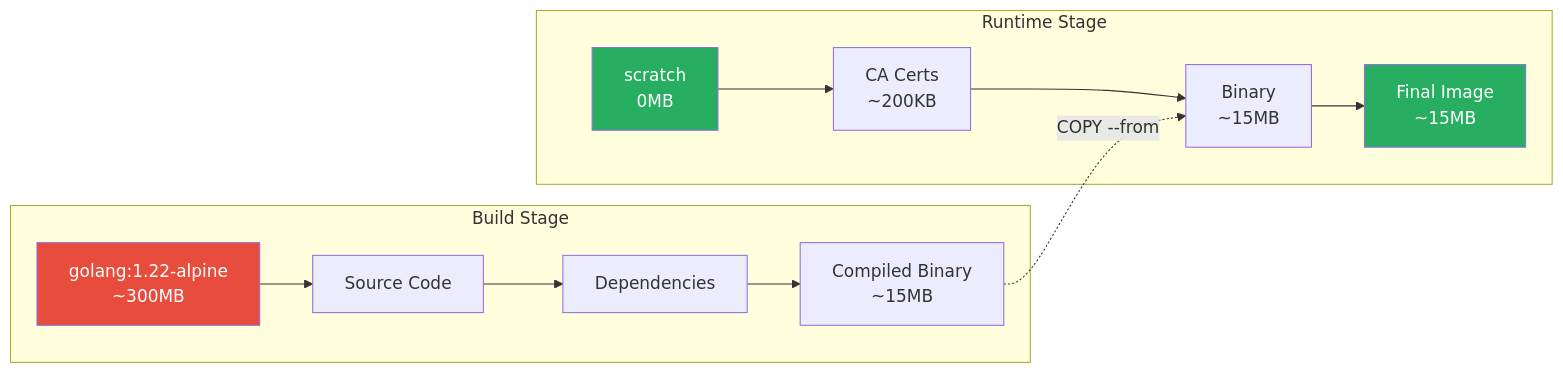
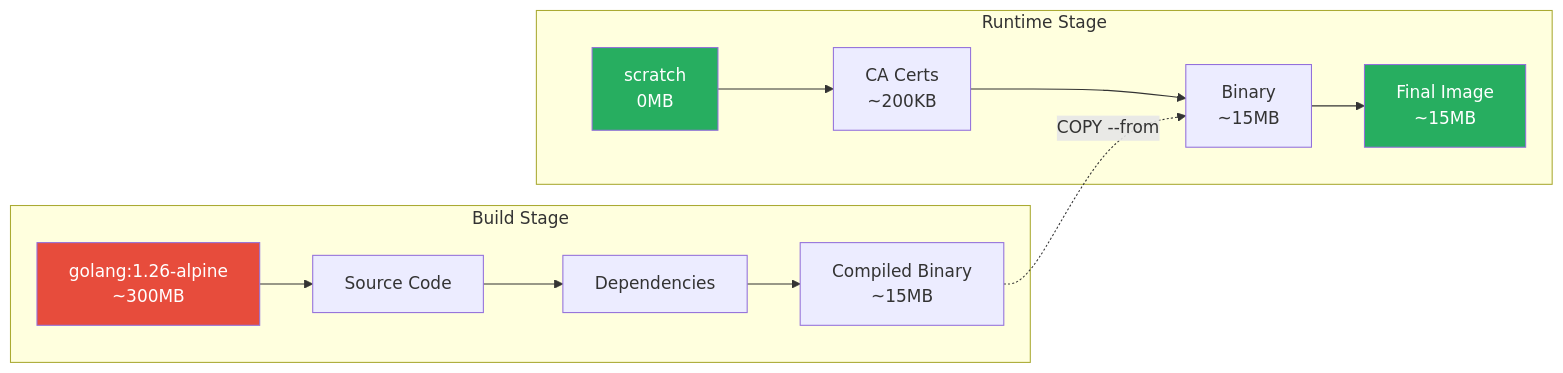
Before and after one commit to OneUptime/blog: the third of 5 diagrams in posts/2026-01-27-podman-build/README.md, drawn with Mermaid. The commit also changed other lines of this file and 2 other files, not shown here.

````diff
--- a/posts/2026-01-27-podman-build/README.md
+++ b/posts/2026-01-27-podman-build/README.md
@@ -220,20 +222,20 @@
 ```mermaid
 flowchart LR
     subgraph "Build Stage"
-        A[golang:1.22-alpine<br/>~300MB] --> B[Source Code]
+        A[golang:1.26-alpine<br/>~300MB] --> B[Source Code]
         B --> C[Dependencies]
         C --> D[Compiled Binary<br/>~15MB]
     end
 
     subgraph "Runtime Stage"
         E[scratch<br/>0MB] --> F[CA Certs<br/>~200KB]
         F --> G[Binary<br/>~15MB]
         G --> H[Final Image<br/>~15MB]
     end
 
     D -.->|COPY --from| G
 
     style A fill:#e74c3c,color:#fff
     style E fill:#27ae60,color:#fff
     style H fill:#27ae60,color:#fff
 ```
````
